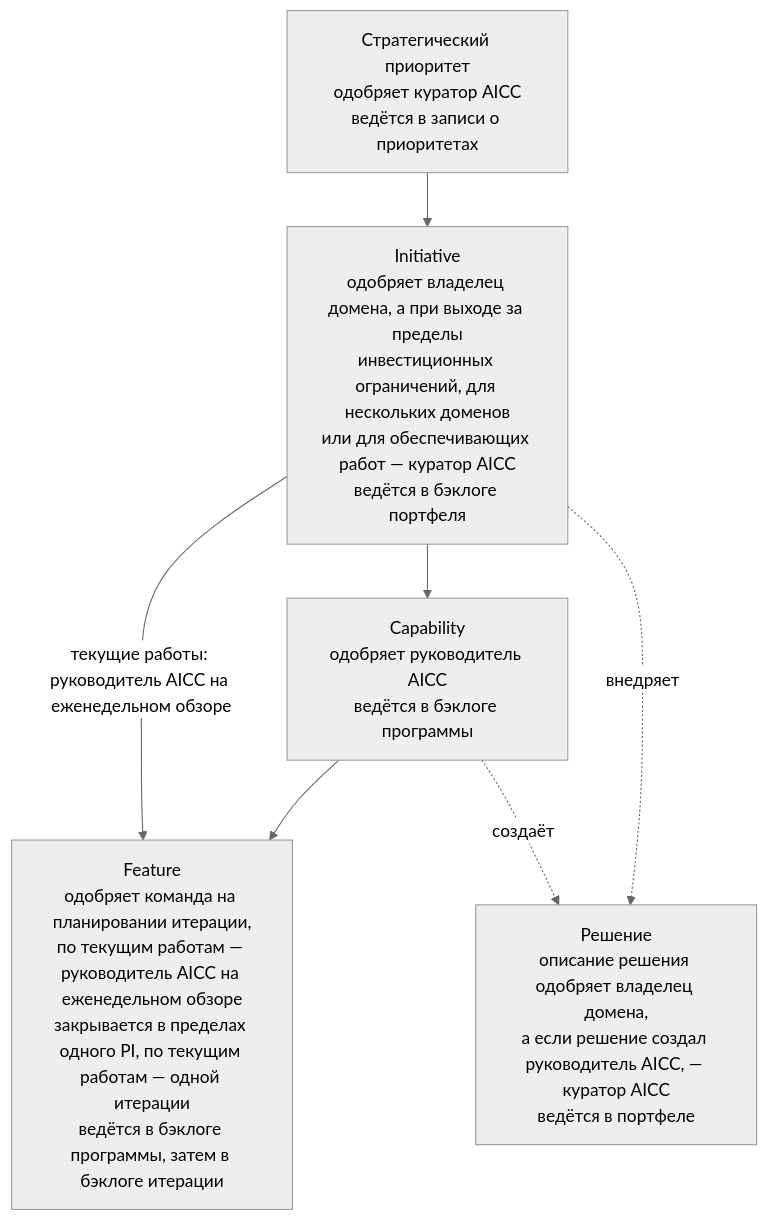
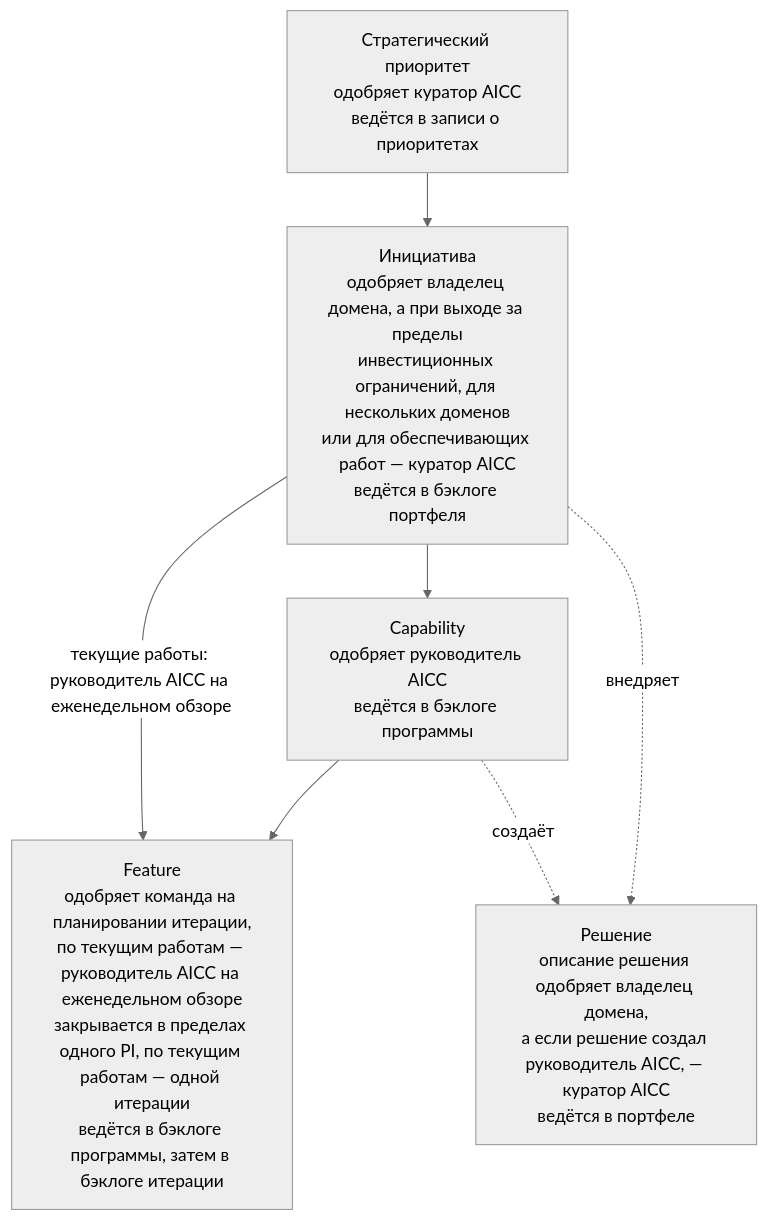
The first of 5 diagrams in charter/ru/guides/service-delivery-guide.md (devhogu/ob-aicc), drawn with Mermaid (neutral theme) before and after one commit. The commit also changed other lines of this file and 150 other files, not shown here.

````diff
--- a/charter/ru/guides/service-delivery-guide.md
+++ b/charter/ru/guides/service-delivery-guide.md
@@ -17,14 +17,14 @@
 ```mermaid
 flowchart TB
   SP["Стратегический приоритет<br/>одобряет куратор AICC<br/>ведётся в записи о приоритетах"]
-  INI["Initiative<br/>одобряет владелец домена, а при выходе за пределы<br/>инвестиционных ограничений, для нескольких доменов<br/>или для обеспечивающих работ — куратор AICC<br/>ведётся в бэклоге портфеля"]
+  INI["Инициатива<br/>одобряет владелец домена, а при выходе за пределы<br/>инвестиционных ограничений, для нескольких доменов<br/>или для обеспечивающих работ — куратор AICC<br/>ведётся в бэклоге портфеля"]
   CAP["Capability<br/>одобряет руководитель AICC<br/>ведётся в бэклоге программы"]
   FT["Feature<br/>одобряет команда на планировании итерации,<br/>по текущим работам — руководитель AICC на еженедельном обзоре<br/>закрывается в пределах одного PI, по текущим работам — одной итерации<br/>ведётся в бэклоге программы, затем в бэклоге итерации"]
   SOL["Решение<br/>описание решения одобряет владелец домена,<br/>а если решение создал руководитель AICC, — куратор AICC<br/>ведётся в портфеле"]
   SP --> INI
   INI --> CAP
   CAP --> FT
   INI -->|текущие работы: руководитель AICC на еженедельном обзоре| FT
   INI -.->|"внедряет"| SOL
   CAP -.->|"создаёт"| SOL
 ```
````
